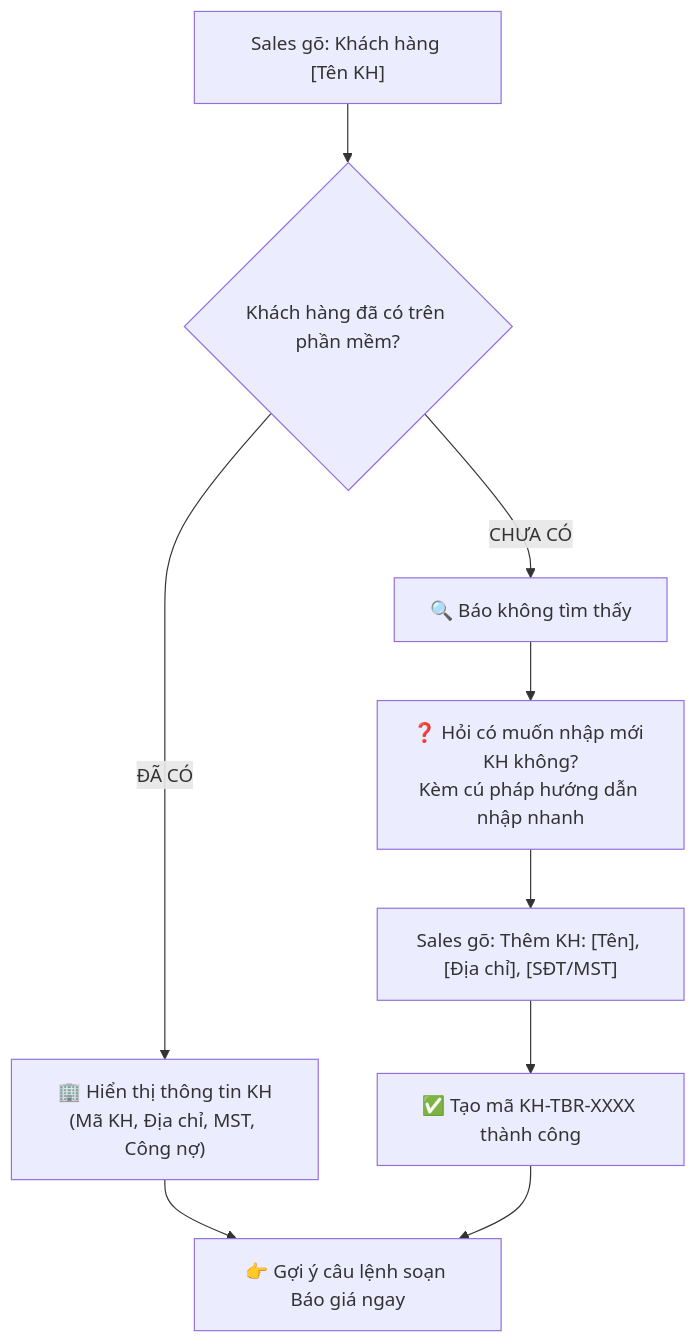
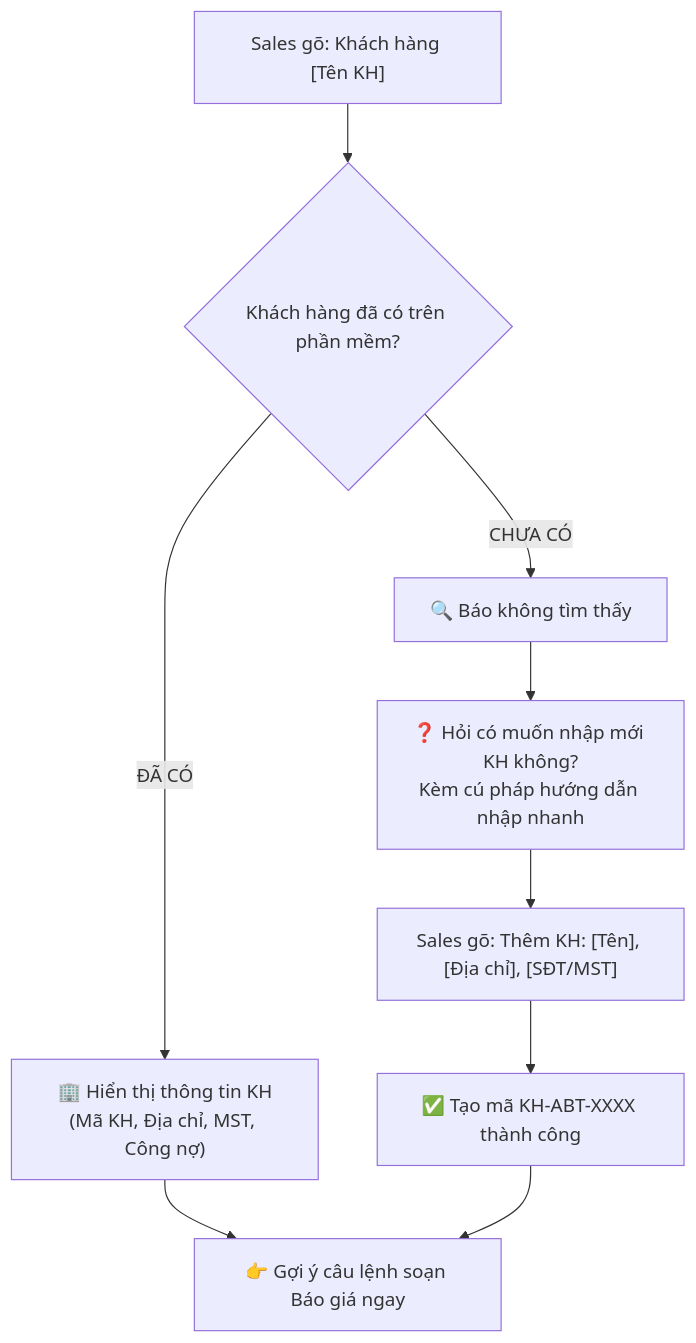
One commit to ndkhanh6886-blip/ABT-PORTAL changed the second of 4 diagrams in docs/HUONG_DAN_SU_DUNG_ZALO_DIEU_HANH.md. Above: the diagram before and after it, drawn with Mermaid. The commit also changed other lines of this file and 88 other files, not shown here.

First line of the commit message:
feat: ABT Portal — bản sao cho Công ty TNHH Giải pháp Y sinh ABT

````diff
--- a/docs/HUONG_DAN_SU_DUNG_ZALO_DIEU_HANH.md
+++ b/docs/HUONG_DAN_SU_DUNG_ZALO_DIEU_HANH.md
@@ -91,11 +91,11 @@
 ```mermaid
 flowchart TD
     A["Sales gõ: Khách hàng [Tên KH]"] --> B{"Khách hàng đã có trên phần mềm?"}
     B -- "ĐÃ CÓ" --> C["🏢 Hiển thị thông tin KH\n(Mã KH, Địa chỉ, MST, Công nợ)"]
     C --> D["👉 Gợi ý câu lệnh soạn Báo giá ngay"]
     B -- "CHƯA CÓ" --> E["🔍 Báo không tìm thấy"]
     E --> F["❓ Hỏi có muốn nhập mới KH không?\nKèm cú pháp hướng dẫn nhập nhanh"]
     F --> G["Sales gõ: Thêm KH: [Tên], [Địa chỉ], [SĐT/MST]"]
-    G --> H["✅ Tạo mã KH-TBR-XXXX thành công"]
+    G --> H["✅ Tạo mã KH-ABT-XXXX thành công"]
     H --> D
 ```
````
